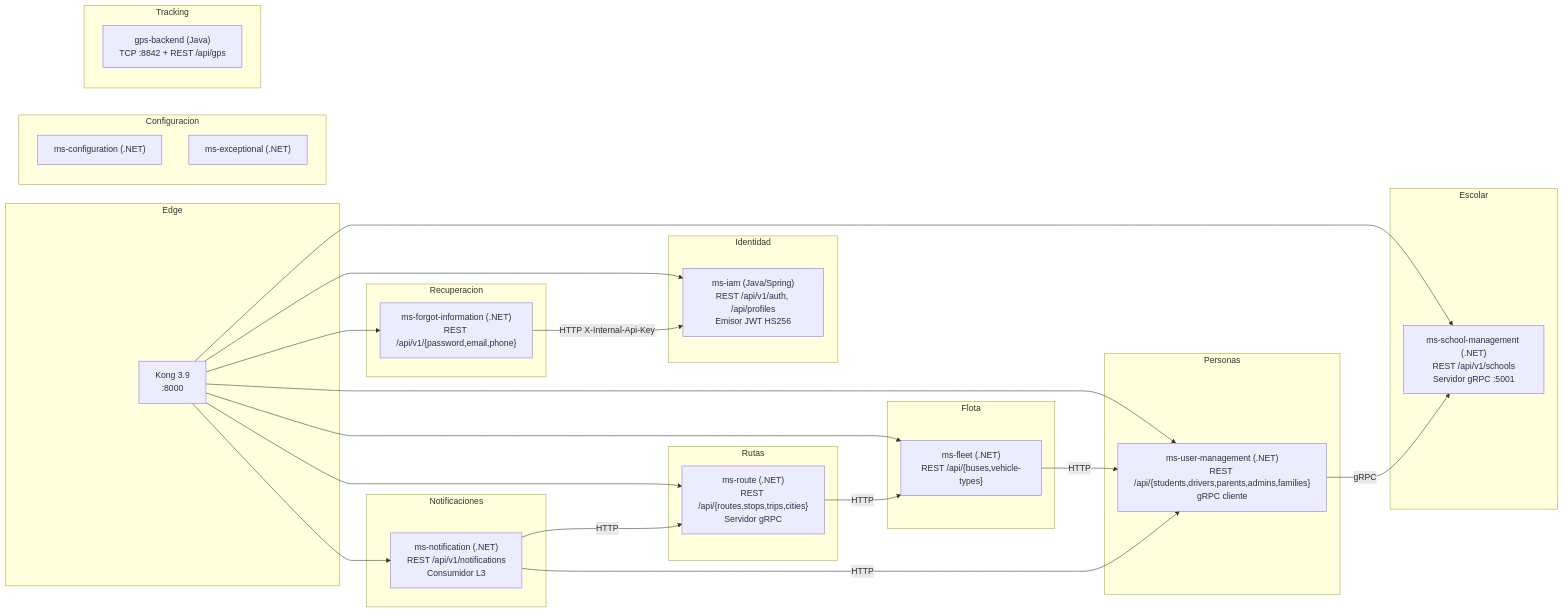
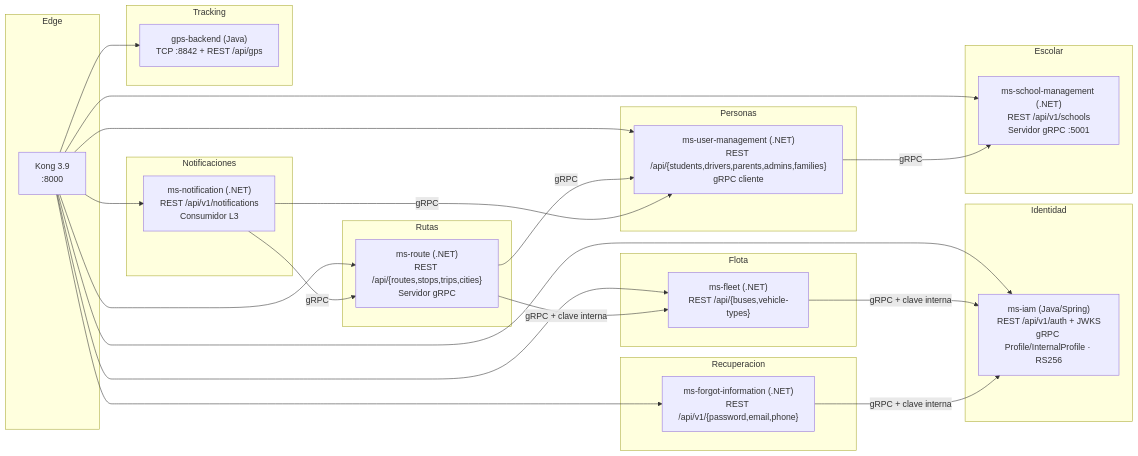
One commit to school-guardian-project/sg-documentation changed the third of 12 diagrams in Manuales/es/Manual-Tecnico-Guardian-Escolar.md. Above: the diagram before and after it, drawn with Mermaid. The commit also changed other lines of this file and 1 other file, not shown here.

````diff
--- a/Manuales/es/Manual-Tecnico-Guardian-Escolar.md
+++ b/Manuales/es/Manual-Tecnico-Guardian-Escolar.md
@@ -292,40 +291,37 @@
 ```mermaid
 flowchart LR
     subgraph Edge
         KONG[Kong 3.9\n:8000]
     end
     subgraph Identidad
-        IAM["ms-iam (Java/Spring)\nREST /api/v1/auth, /api/profiles\nEmisor JWT HS256"]
+        IAM["ms-iam (Java/Spring)\nREST /api/v1/auth + JWKS\ngRPC Profile/InternalProfile · RS256"]
     end
     subgraph Personas
         UMU["ms-user-management (.NET)\nREST /api/{students,drivers,parents,admins,families}\ngRPC cliente"]
     end
     subgraph Escolar
         SCH["ms-school-management (.NET)\nREST /api/v1/schools\nServidor gRPC :5001"]
     end
     subgraph Flota
         FLT["ms-fleet (.NET)\nREST /api/{buses,vehicle-types}"]
     end
     subgraph Rutas
         ROU["ms-route (.NET)\nREST /api/{routes,stops,trips,cities}\nServidor gRPC"]
     end
     subgraph Notificaciones
         NOT["ms-notification (.NET)\nREST /api/v1/notifications\nConsumidor L3"]
     end
     subgraph Recuperacion
         FOR["ms-forgot-information (.NET)\nREST /api/v1/{password,email,phone}"]
     end
-    subgraph Configuracion
-        CON["ms-configuration (.NET)"]
-        EXC["ms-exceptional (.NET)"]
-    end
     subgraph Tracking
         GPS["gps-backend (Java)\nTCP :8842 + REST /api/gps"]
     end
-    KONG --> IAM & UMU & SCH & FLT & ROU & NOT & FOR
+    KONG --> IAM & UMU & SCH & FLT & ROU & NOT & FOR & GPS
     UMU -->|gRPC| SCH
-    FLT -->|HTTP| UMU
-    ROU -->|HTTP| FLT
-    NOT -->|HTTP| UMU & ROU
-    FOR -->|HTTP X-Internal-Api-Key| IAM
+    FLT -->|gRPC + clave interna| IAM
+    ROU -->|gRPC + clave interna| FLT
+    ROU -->|gRPC| UMU
+    NOT -->|gRPC| UMU & ROU
+    FOR -->|gRPC + clave interna| IAM
 ```
````
